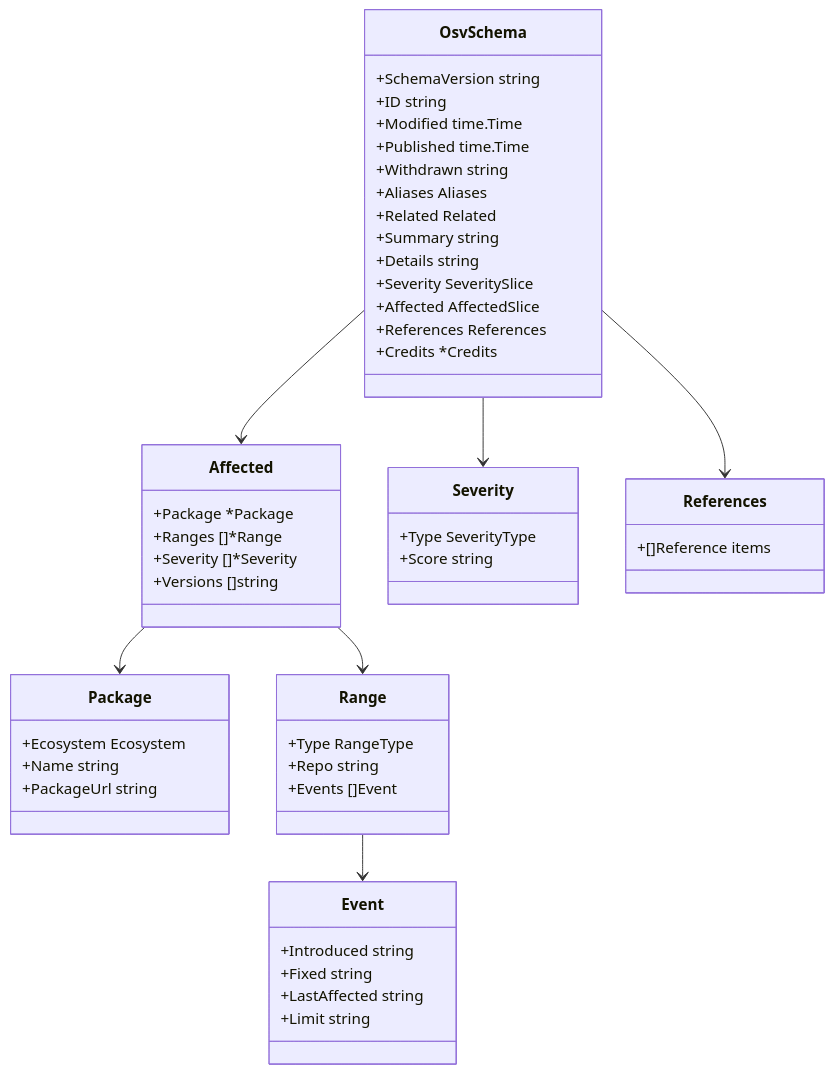
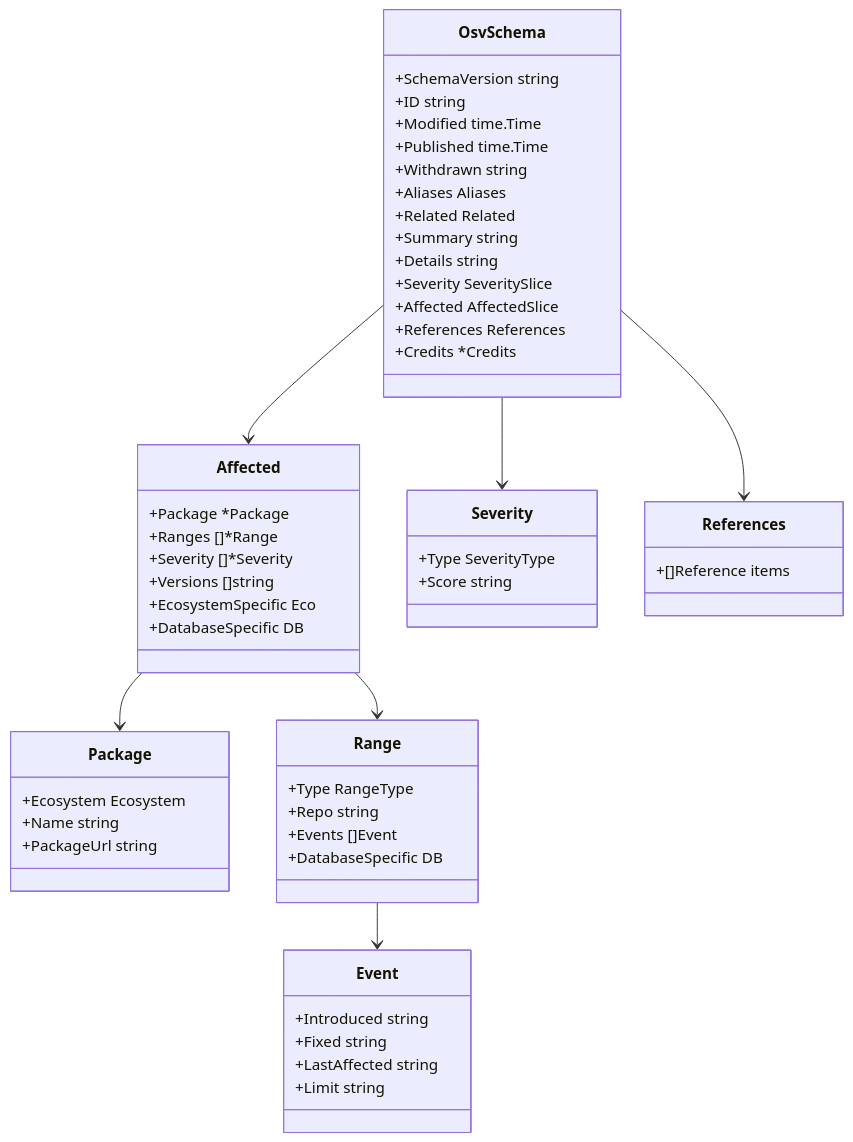
One commit to scagogogo/osv-schema-skills changed the third of 13 diagrams in website/reference/osv-schema.md. Above: the diagram before and after it, drawn with Mermaid. The commit also changed 3 other files, not shown here.

First line of the commit message:
docs(website): add EcosystemSpecific/DatabaseSpecific fields to Affected & Range class diagrams (EN+ZH)

````diff
--- a/website/reference/osv-schema.md
+++ b/website/reference/osv-schema.md
@@ -61,53 +61,56 @@
 ```mermaid
 classDiagram
   class OsvSchema {
     +SchemaVersion string
     +ID string
     +Modified time.Time
     +Published time.Time
     +Withdrawn string
     +Aliases Aliases
     +Related Related
     +Summary string
     +Details string
     +Severity SeveritySlice
     +Affected AffectedSlice
     +References References
     +Credits *Credits
   }
   class Affected {
     +Package *Package
     +Ranges []*Range
     +Severity []*Severity
     +Versions []string
+    +EcosystemSpecific Eco
+    +DatabaseSpecific DB
   }
   class Package {
     +Ecosystem Ecosystem
     +Name string
     +PackageUrl string
   }
   class Range {
     +Type RangeType
     +Repo string
     +Events []Event
+    +DatabaseSpecific DB
   }
   class Event {
     +Introduced string
     +Fixed string
     +LastAffected string
     +Limit string
   }
   class Severity {
     +Type SeverityType
     +Score string
   }
   class References {
     +[]Reference items
   }
   OsvSchema --> Affected
   OsvSchema --> Severity
   OsvSchema --> References
   Affected --> Package
   Affected --> Range
   Range --> Event
 ```
````
